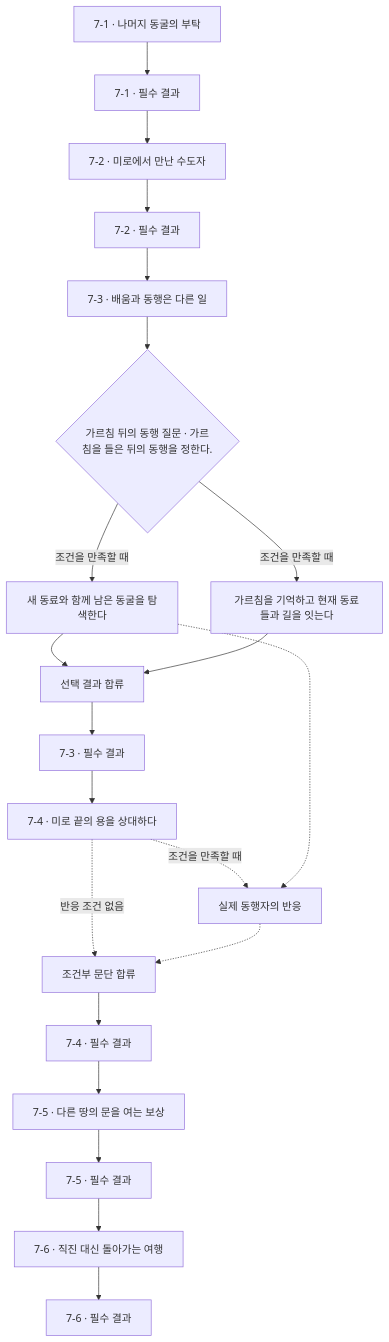
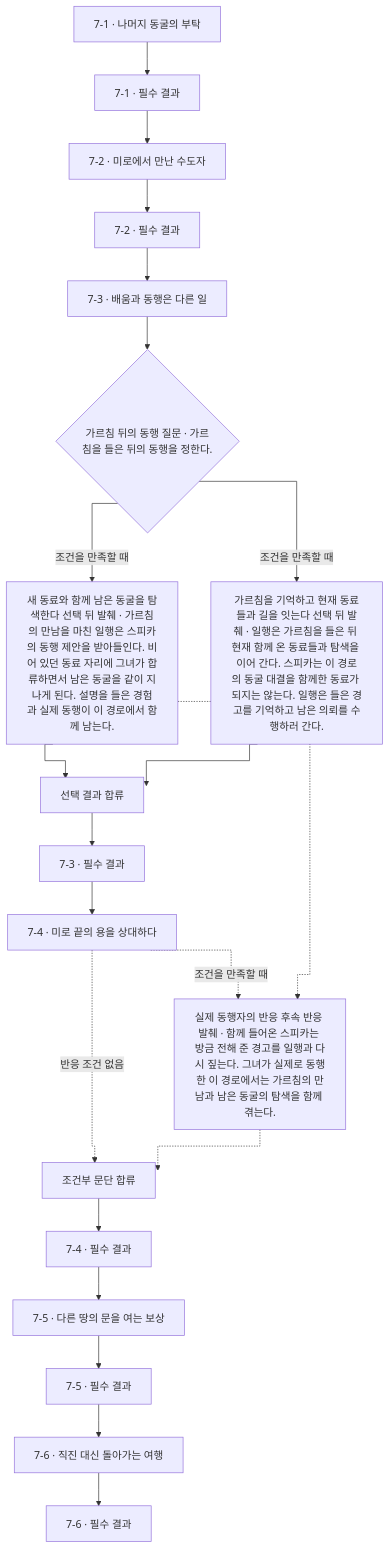
The ninth of 17 diagrams in novel/writing/publication/generated/flow.md (obmaz/lore), drawn with Mermaid before and after one commit. The commit also changed other lines of this file and 20 other files, not shown here.

Commit message:
Show branch outcomes and route graph memory links orthogonally

````diff
--- a/novel/writing/publication/generated/flow.md
+++ b/novel/writing/publication/generated/flow.md
@@ -450,41 +458,42 @@
 ```mermaid
+%%{init: {"flowchart": {"curve": "stepAfter"}}}%%
 flowchart TB
   n8b44ff9185c2ed08["7-1 · 나머지 동굴의 부탁"]
   ndbe827abbda936c9["7-1 · 필수 결과"]
   n245620203a63663f["7-2 · 미로에서 만난 수도자"]
   n7d6f51b603485ec5["7-2 · 필수 결과"]
   nc0d988d254eab0b9["7-3 · 배움과 동행은 다른 일"]
   n11292543caf2cc55{"가르침 뒤의 동행 질문 · 가르침을 들은 뒤의 동행을 정한다."}
   n5053d953d0eba44f["선택 결과 합류"]
-  nd1b8c04f531844d2["새 동료와 함께 남은 동굴을 탐색한다"]
-  n5661fabb7f759bae["가르침을 기억하고 현재 동료들과 길을 잇는다"]
+  nd1b8c04f531844d2["새 동료와 함께 남은 동굴을 탐색한다 선택 뒤 발췌 · 가르침의 만남을 마친 일행은 스피카의 동행 제안을 받아들인다. 비어 있던 동료 자리에 그녀가 합류하면서 남은 동굴을 같이 지나게 된다. 설명을 들은 경험과 실제 동행이 이 경로에서 함께 남는다."]
+  n5661fabb7f759bae["가르침을 기억하고 현재 동료들과 길을 잇는다 선택 뒤 발췌 · 일행은 가르침을 들은 뒤 현재 함께 온 동료들과 탐색을 이어 간다. 스피카는 이 경로의 동굴 대결을 함께한 동료가 되지는 않는다. 일행은 들은 경고를 기억하고 남은 의뢰를 수행하러 간다."]
   n3d6c4eb1166c541d["7-3 · 필수 결과"]
   n89a8bc3ed58c1ef3["7-4 · 미로 끝의 용을 상대하다"]
-  n8d8f89073310c30a["실제 동행자의 반응"]
+  n8d8f89073310c30a["실제 동행자의 반응 후속 반응 발췌 · 함께 들어온 스피카는 방금 전해 준 경고를 일행과 다시 짚는다. 그녀가 실제로 동행한 이 경로에서는 가르침의 만남과 남은 동굴의 탐색을 함께 겪는다."]
   ne333a06e701cf503["조건부 문단 합류"]
   nc20cdd9fba6b9a23["7-4 · 필수 결과"]
   n725a73b1398a5ffa["7-5 · 다른 땅의 문을 여는 보상"]
   nd904fd859fea634e["7-5 · 필수 결과"]
   nbed892b425cbc05b["7-6 · 직진 대신 돌아가는 여행"]
   n4aab7677fa34714f["7-6 · 필수 결과"]
   n8b44ff9185c2ed08 --> ndbe827abbda936c9
   n245620203a63663f --> n7d6f51b603485ec5
   ndbe827abbda936c9 --> n245620203a63663f
   nc0d988d254eab0b9 --> n11292543caf2cc55
   n11292543caf2cc55 -->|조건을 만족할 때| nd1b8c04f531844d2
   nd1b8c04f531844d2 --> n5053d953d0eba44f
   n11292543caf2cc55 -->|조건을 만족할 때| n5661fabb7f759bae
   n5661fabb7f759bae --> n5053d953d0eba44f
   n5053d953d0eba44f --> n3d6c4eb1166c541d
   n7d6f51b603485ec5 --> nc0d988d254eab0b9
   n89a8bc3ed58c1ef3 -.->|조건을 만족할 때| n8d8f89073310c30a
   n89a8bc3ed58c1ef3 -.->|반응 조건 없음| ne333a06e701cf503
   n8d8f89073310c30a -.-> ne333a06e701cf503
   ne333a06e701cf503 --> nc20cdd9fba6b9a23
   n3d6c4eb1166c541d --> n89a8bc3ed58c1ef3
   n725a73b1398a5ffa --> nd904fd859fea634e
   nc20cdd9fba6b9a23 --> n725a73b1398a5ffa
   nbed892b425cbc05b --> n4aab7677fa34714f
   nd904fd859fea634e --> nbed892b425cbc05b
   nd1b8c04f531844d2 -.-> n8d8f89073310c30a
 ```
````
